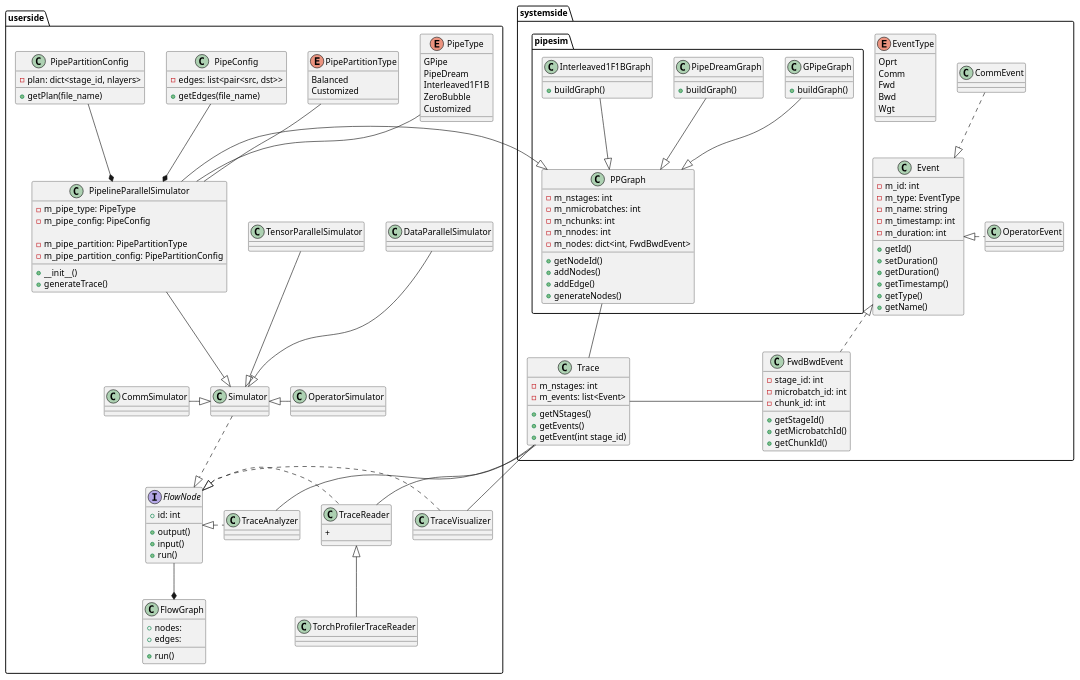
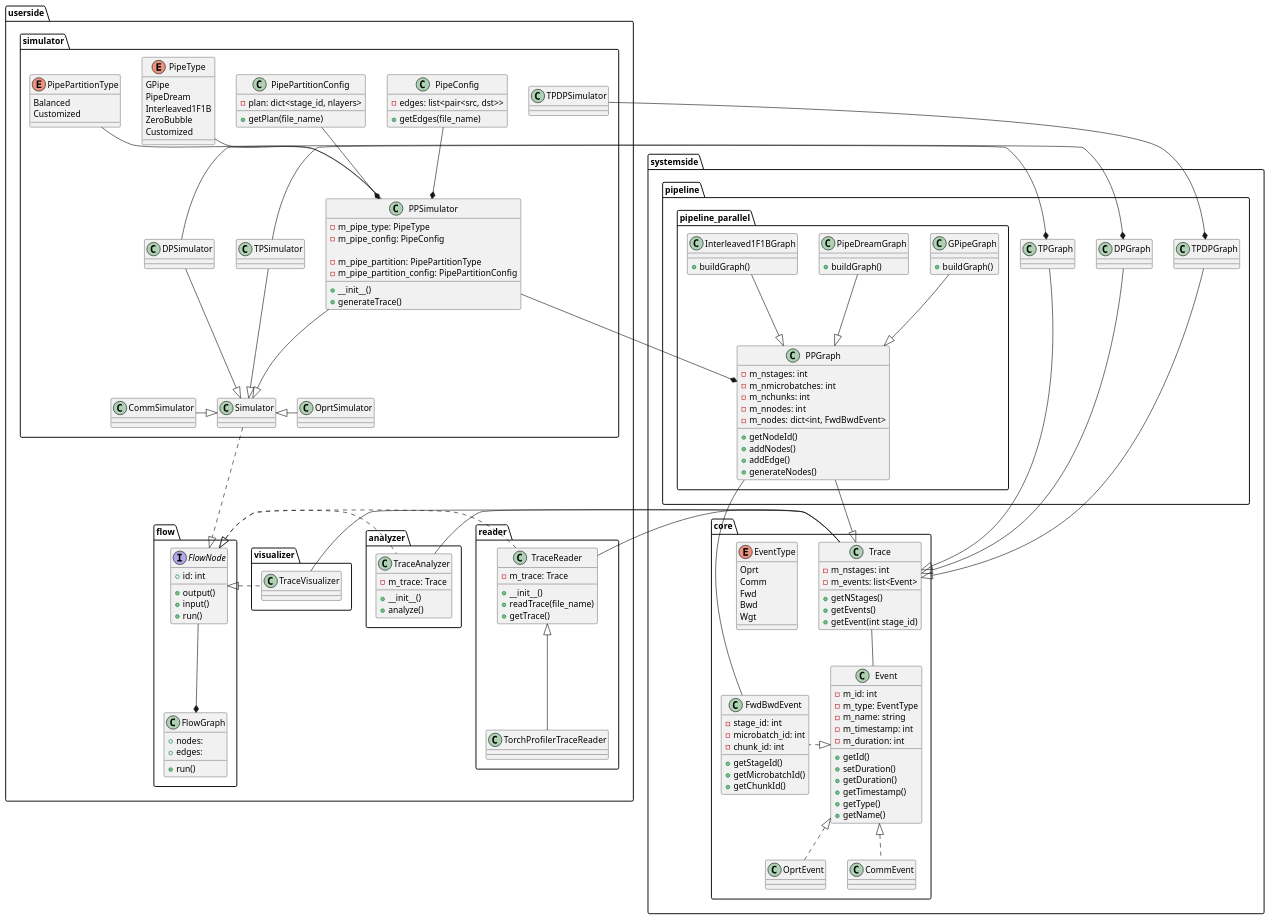
One commit to yuyangJin/PerFlow-AI changed the diagram in docs/PerFlow-AI.plantuml. Above: the diagram before and after it, drawn with PlantUML. The commit also changed 1 other file, not shown here.

Commit message:
[Docs] Update plantuml

```diff
--- a/docs/PerFlow-AI.plantuml
+++ b/docs/PerFlow-AI.plantuml
@@ -1,207 +1,247 @@
 @startuml
 
-namespace userside{
-    interface FlowNode{
-        +id: int
 
-        +output()
-        +input()
-        +run()
+namespace systemside{
+
+    namespace core{
+        enum EventType{
+            Oprt
+            Comm
+            Fwd
+            Bwd
+            Wgt
+        }
+
+        class Event{
+            - m_id: int
+            - m_type: EventType
+            - m_name: string
+            - m_timestamp: int
+            - m_duration: int
+
+            + getId()
+            + setDuration()
+            + getDuration()
+            + getTimestamp()
+            + getType()
+            + getName()
+        }
+
+        class OprtEvent{}
+
+        class CommEvent{}
+
+        class FwdBwdEvent{
+            - stage_id: int 
+            - microbatch_id: int
+            - chunk_id: int
+
+            + getStageId()
+            + getMicrobatchId()
+            + getChunkId()
+        }
+
+        OprtEvent .up.|> Event
+        CommEvent .up.|> Event
+        FwdBwdEvent .left.|> Event
+
+        class Trace{
+            - m_nstages: int
+            - m_events: list<Event>
+
+            + getNStages()
+            + getEvents()
+            + getEvent(int stage_id)
+
+        }
+
+        Trace -down- Event
     }
-    class FlowGraph{
-        +nodes: 
-        +edges:
-        
-        +run()
+
+
+
+    namespace pipeline{
+
+        namespace pipeline_parallel{
+            '/ PPGraph: FwdBwdEvent -> Node, pipeline streams -> Graph /'
+            class PPGraph{
+                - m_nstages: int
+                - m_nmicrobatches: int
+                - m_nchunks: int
+                - m_nnodes: int
+                - m_nodes: dict<int, FwdBwdEvent>
+
+                + getNodeId()
+                + addNodes()
+                + addEdge()
+                + generateNodes()
+            }
+
+            class GPipeGraph{
+                + buildGraph()
+            }
+
+            class PipeDreamGraph{
+                + buildGraph()
+            }
+
+            class Interleaved1F1BGraph{
+                + buildGraph()
+            }
+            
+            GPipeGraph -down-|> PPGraph
+            PipeDreamGraph -down-|> PPGraph
+            Interleaved1F1BGraph -down-|> PPGraph
+
+
+            PPGraph -down-|> Trace
+            PPGraph -down- FwdBwdEvent
+        }
+
+        class DPGraph{}
+        class TPGraph{}
+        class TPDPGraph{}
+
+        DPGraph -down-|> Trace
+        TPGraph -down-|> Trace
+        TPDPGraph -down-|> Trace
 
     }
-    FlowNode --* FlowGraph 
-
-    class TraceReader{
-        +
-    }
-
-    class TraceAnalyzer{
-
-    }
-
-    class TraceVisualizer{}
-
-    TraceReader .left.|> FlowNode
-    TraceAnalyzer .left.|> FlowNode
-    TraceVisualizer .right.|> FlowNode
+}
 
 
 
 
-    class TorchProfilerTraceReader{
+namespace userside{
+    namespace flow{
+        interface FlowNode{
+            +id: int
+
+            +output()
+            +input()
+            +run()
+        }
+        class FlowGraph{
+            +nodes: 
+            +edges:
+            
+            +run()
+
+        }
+        FlowNode --* FlowGraph 
+    }
+
+    namespace reader {
+        class TraceReader{
+            - m_trace: Trace
+
+            + __init__()
+            + readTrace(file_name)
+            + getTrace()
+        }   
+    
+         class TorchProfilerTraceReader{
+
+        }
+
+        TorchProfilerTraceReader -up-|> TraceReader
+    }
+
+    namespace analyzer{
+        class TraceAnalyzer{
+            - m_trace: Trace
+
+            + __init__()
+            + analyze()
+        }
+    }
+
+    namespace visualizer{
+        class TraceVisualizer{}
+    }
+
+    TraceReader .left.|> FlowNode
+    TraceAnalyzer .left.|> FlowNode
+    TraceVisualizer .left.|> FlowNode
+
+    Trace -right- TraceReader
+    Trace -right- TraceVisualizer
+    Trace -right- TraceAnalyzer
+
+
+
+    namespace simulator {
+        class Simulator{}
+
+        Simulator ..|> FlowNode
+
+        class OprtSimulator{}
+        class CommSimulator{}
+        class DPSimulator{}
+        class TPSimulator{}
+
+        Enum PipeType{
+            GPipe
+            PipeDream
+            Interleaved1F1B
+            ZeroBubble
+            Customized
+        }
+
+        Enum PipePartitionType{
+            Balanced
+            Customized
+        }
+
+
+
+        class PipeConfig{
+            - edges: list<pair<src, dst>>
+
+            + getEdges(file_name)
+        }
+
+        class PipePartitionConfig{
+            - plan: dict<stage_id, nlayers>
+
+            + getPlan(file_name)
+        }
+
+        class PPSimulator{
+            - m_pipe_type: PipeType
+            - m_pipe_config: PipeConfig
+
+            - m_pipe_partition: PipePartitionType
+            - m_pipe_partition_config: PipePartitionConfig
+
+
+            + __init__()
+            + generateTrace()
+        }
+
+        PipeType -down- PPSimulator
+        PipeConfig -down-* PPSimulator
+
+        PipePartitionType -down- PPSimulator
+        PipePartitionConfig -down-* PPSimulator
+
+
+        OprtSimulator -left-|> Simulator
+        CommSimulator -right-|> Simulator
+        DPSimulator -down-|> Simulator
+        TPSimulator -down-|> Simulator
+        PPSimulator -down-|> Simulator
+
+        TPSimulator -right-* TPGraph
+        DPSimulator -right-* DPGraph
+        TPDPSimulator -left-* TPDPGraph
 
     }
 
-    TorchProfilerTraceReader -up-|> TraceReader
+}
 
-
-    class Simulator{}
-
-    Simulator ..|> FlowNode
-
-    class OperatorSimulator{}
-    class CommSimulator{}
-    class DataParallelSimulator{}
-    class TensorParallelSimulator{}
-
-    Enum PipeType{
-        GPipe
-        PipeDream
-        Interleaved1F1B
-        ZeroBubble
-        Customized
-    }
-
-    Enum PipePartitionType{
-        Balanced
-        Customized
-    }
+PPSimulator -left-* PPGraph
 
 
 
-    class PipeConfig{
-        - edges: list<pair<src, dst>>
-
-        + getEdges(file_name)
-    }
-
-    class PipePartitionConfig{
-        - plan: dict<stage_id, nlayers>
-
-        + getPlan(file_name)
-    }
-
-    class PipelineParallelSimulator{
-        - m_pipe_type: PipeType
-        - m_pipe_config: PipeConfig
-
-        - m_pipe_partition: PipePartitionType
-        - m_pipe_partition_config: PipePartitionConfig
-
-
-        + __init__()
-        + generateTrace()
-    }
-
-    PipeType -down- PipelineParallelSimulator
-    PipeConfig -down-* PipelineParallelSimulator
-
-    PipePartitionType -down- PipelineParallelSimulator
-    PipePartitionConfig -down-* PipelineParallelSimulator
-
-
-
-    OperatorSimulator -left-|> Simulator
-    CommSimulator -right-|> Simulator
-    DataParallelSimulator -down-|> Simulator
-    TensorParallelSimulator -down-|> Simulator
-    PipelineParallelSimulator -down-|> Simulator
-
-}
-
-namespace systemside{
-    enum EventType{
-        Oprt
-        Comm
-        Fwd
-        Bwd
-        Wgt
-    }
-
-    class Event{
-        - m_id: int
-        - m_type: EventType
-        - m_name: string
-        - m_timestamp: int
-        - m_duration: int
-
-        + getId()
-        + setDuration()
-        + getDuration()
-        + getTimestamp()
-        + getType()
-        + getName()
-    }
-
-    class OperatorEvent{}
-
-    class CommEvent{}
-
-    class FwdBwdEvent{
-        - stage_id: int 
-        - microbatch_id: int
-        - chunk_id: int
-
-        + getStageId()
-        + getMicrobatchId()
-        + getChunkId()
-    }
-
-    OperatorEvent .left.|> Event
-    CommEvent .down.|> Event
-    FwdBwdEvent .up.|> Event
-
-    class Trace{
-        - m_nstages: int
-        - m_events: list<Event>
-
-        + getNStages()
-        + getEvents()
-        + getEvent(int stage_id)
-
-    }
-
-    Trace -right- FwdBwdEvent
-
-
-    Trace -- TraceReader
-    Trace - TraceVisualizer
-    Trace - TraceAnalyzer
-
-    namespace pipesim{
-
-        '/ PPGraph: FwdBwdEvent -> Node, pipeline streams -> Graph /'
-        class PPGraph{
-            - m_nstages: int
-            - m_nmicrobatches: int
-            - m_nchunks: int
-            - m_nnodes: int
-            - m_nodes: dict<int, FwdBwdEvent>
-
-            + getNodeId()
-            + addNodes()
-            + addEdge()
-            + generateNodes()
-        }
-
-        class GPipeGraph{
-            + buildGraph()
-        }
-
-        class PipeDreamGraph{
-            + buildGraph()
-        }
-
-        class Interleaved1F1BGraph{
-            + buildGraph()
-        }
-        
-        GPipeGraph -down-|> PPGraph
-        PipeDreamGraph -down-|> PPGraph
-        Interleaved1F1BGraph -down-|> PPGraph
-
-
-        PPGraph -down- Trace
-
-    }
-}
-
-PipelineParallelSimulator -left-|> systemside.pipesim.PPGraph
-
 @enduml
```
